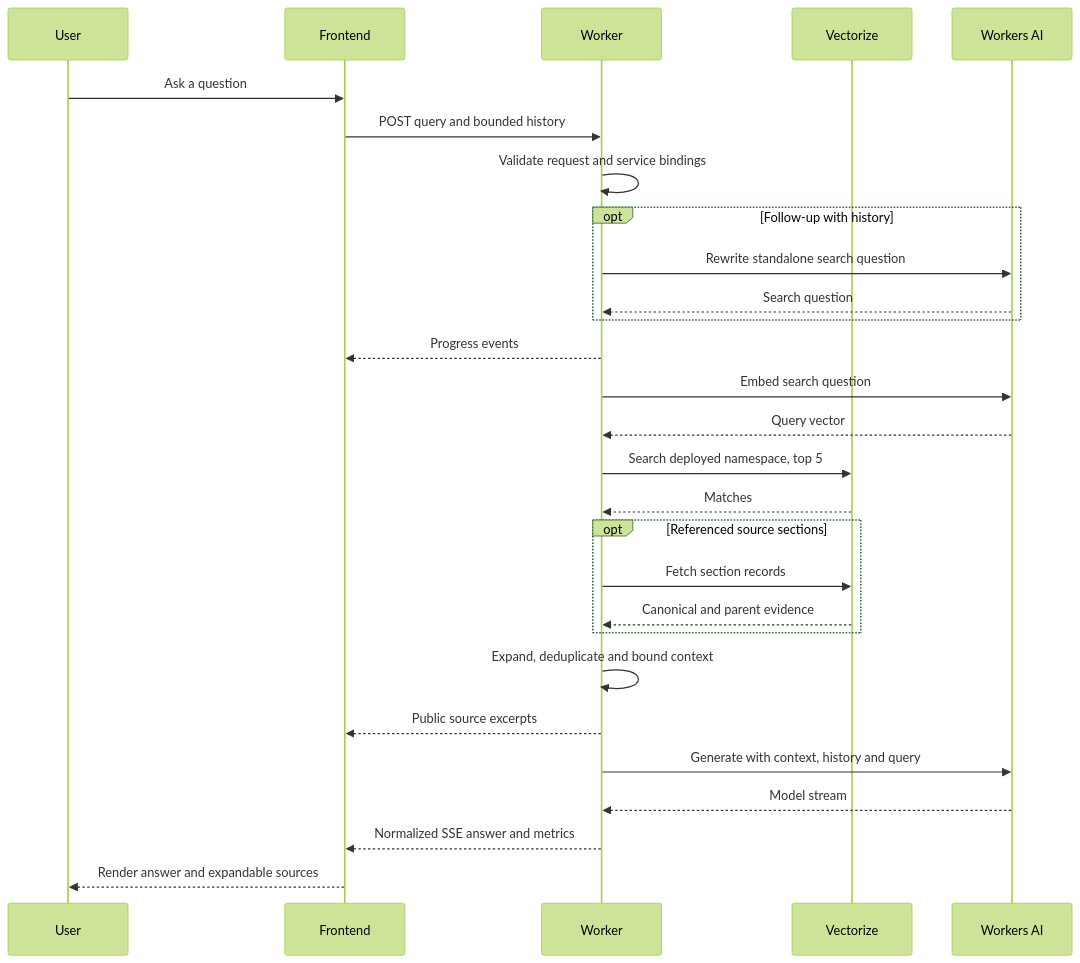
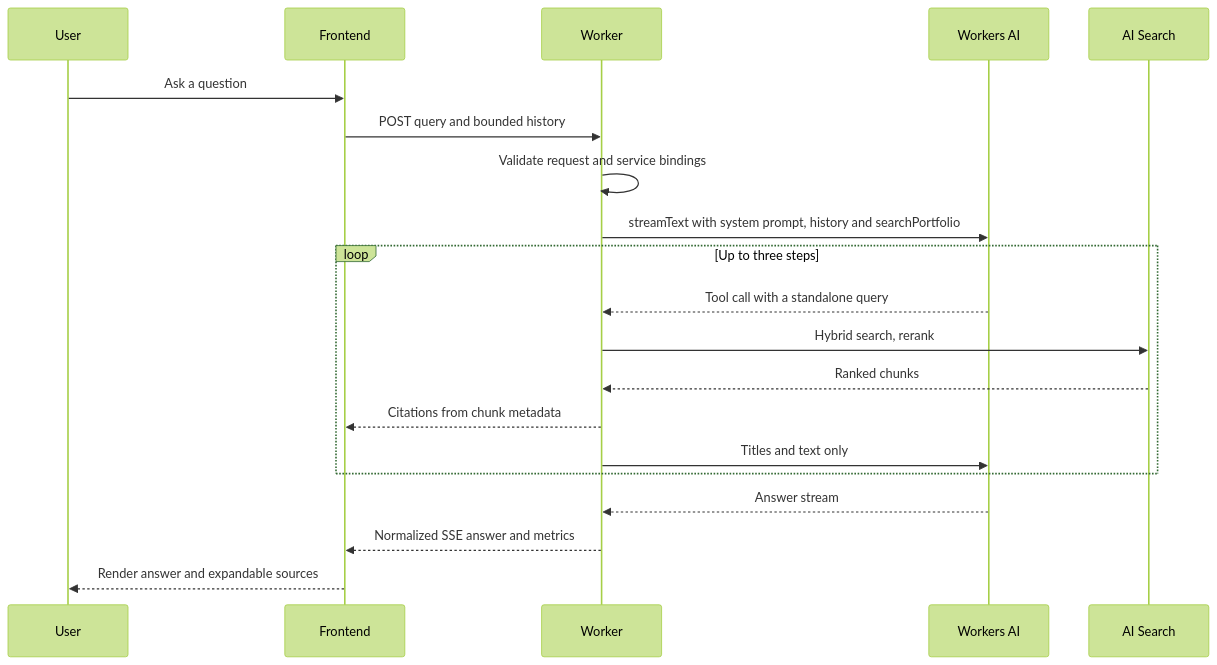
One commit to sgama/sg changed the third of 6 diagrams in content/posts/2026-01-25-ai-chat/index.md. Above: the diagram before and after it, drawn with Mermaid (forest theme). The commit also changed other lines of this file and 5 other files, not shown here.

```diff
--- a/content/posts/2026-01-25-ai-chat/index.md
+++ b/content/posts/2026-01-25-ai-chat/index.md
@@ -60,30 +63,22 @@
 {{< mermaid >}}
 sequenceDiagram
 participant User
 participant Frontend
 participant Function as Worker
-participant VectorDB as Vectorize
 participant AI as Workers AI
+participant Search as AI Search
 User->>Frontend: Ask a question
 Frontend->>Function: POST query and bounded history
 Function->>Function: Validate request and service bindings
-opt Follow-up with history
-    Function->>AI: Rewrite standalone search question
-    AI-->>Function: Search question
+Function->>AI: streamText with system prompt, history and searchPortfolio
+loop Up to three steps
+    AI-->>Function: Tool call with a standalone query
+    Function->>Search: Hybrid search, rerank
+    Search-->>Function: Ranked chunks
+    Function-->>Frontend: Citations from chunk metadata
+    Function->>AI: Titles and text only
 end
-Function-->>Frontend: Progress events
-Function->>AI: Embed search question
-AI-->>Function: Query vector
-Function->>VectorDB: Search deployed namespace, top 5
-VectorDB-->>Function: Matches
-opt Referenced source sections
-    Function->>VectorDB: Fetch section records
-    VectorDB-->>Function: Canonical and parent evidence
-end
-Function->>Function: Expand, deduplicate and bound context
-Function-->>Frontend: Public source excerpts
-Function->>AI: Generate with context, history and query
-AI-->>Function: Model stream
+AI-->>Function: Answer stream
 Function-->>Frontend: Normalized SSE answer and metrics
 Frontend-->>User: Render answer and expandable sources
 {{< /mermaid >}}
```
